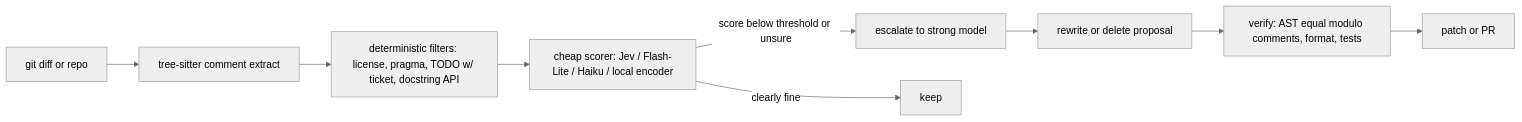
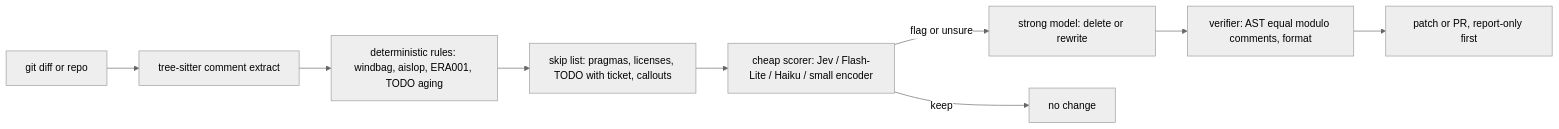
One commit to weftwiseink/clauthier changed the diagram in cdocs/reports/2026-09-19-llm-code-cleanup-landscape.md. Above: the diagram before and after it, drawn with Mermaid (neutral theme). The commit also changed other lines of this file, not shown here.

````diff
--- a/cdocs/reports/2026-09-19-llm-code-cleanup-landscape.md
+++ b/cdocs/reports/2026-09-19-llm-code-cleanup-landscape.md
@@ -94,11 +220,11 @@
 ```mermaid
 flowchart LR
   A[git diff or repo] --> B[tree-sitter comment extract]
-  B --> C[deterministic filters: license, pragma, TODO w/ ticket, docstring API]
-  C --> D[cheap scorer: Jev / Flash-Lite / Haiku / local encoder]
-  D -->|score below threshold or unsure| E[escalate to strong model]
-  D -->|clearly fine| F[keep]
-  E --> G[rewrite or delete proposal]
-  G --> H[verify: AST equal modulo comments, format, tests]
-  H --> I[patch or PR]
+  B --> C[deterministic rules: windbag, aislop, ERA001, TODO aging]
+  C --> D[skip list: pragmas, licenses, TODO with ticket, callouts]
+  D --> E[cheap scorer: Jev / Flash-Lite / Haiku / small encoder]
+  E -->|flag or unsure| F[strong model: delete or rewrite]
+  E -->|keep| G[no change]
+  F --> H[verifier: AST equal modulo comments, format]
+  H --> I[patch or PR, report-only first]
 ```
````
